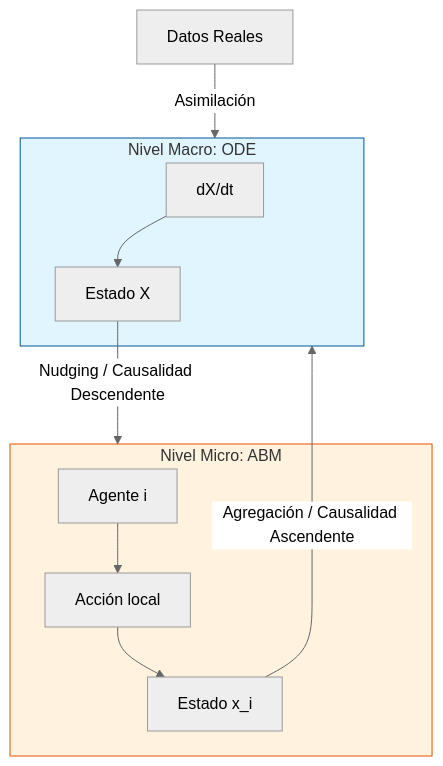
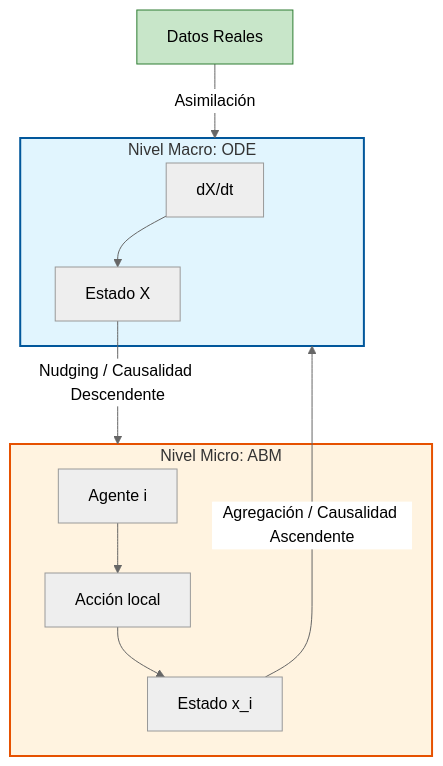
One commit to stevenvo780/TesisJacobContenidos changed the first of 2 diagrams in TesisDesarrollo/02_Modelado_Simulacion/02_Modelado_Simulacion.md. Above: the diagram before and after it, drawn with Mermaid (neutral theme). The commit also changed other lines of this file and 4 other files, not shown here.

````diff
--- a/TesisDesarrollo/02_Modelado_Simulacion/02_Modelado_Simulacion.md
+++ b/TesisDesarrollo/02_Modelado_Simulacion/02_Modelado_Simulacion.md
@@ -27,18 +27,19 @@
 ```mermaid
 graph TD
     subgraph Macro[Nivel Macro: ODE]
         M1[dX/dt] --> M2[Estado X]
     end
     
     subgraph Micro[Nivel Micro: ABM]
         A1[Agente i] --> A2[Acción local]
         A2 --> A3[Estado x_i]
     end
     
     M2 -->|Nudging / Causalidad Descendente| Micro
     A3 -->|Agregación / Causalidad Ascendente| Macro
     D[Datos Reales] -->|Asimilación| Macro
     
-    style Macro fill:#e1f5fe,stroke:#01579b
-    style Micro fill:#fff3e0,stroke:#e65100
+    style Macro fill:#e1f5fe,stroke:#01579b,stroke-width:2px
+    style Micro fill:#fff3e0,stroke:#e65100,stroke-width:2px
+    style D fill:#c8e6c9,stroke:#2e7d32
 ```
````
